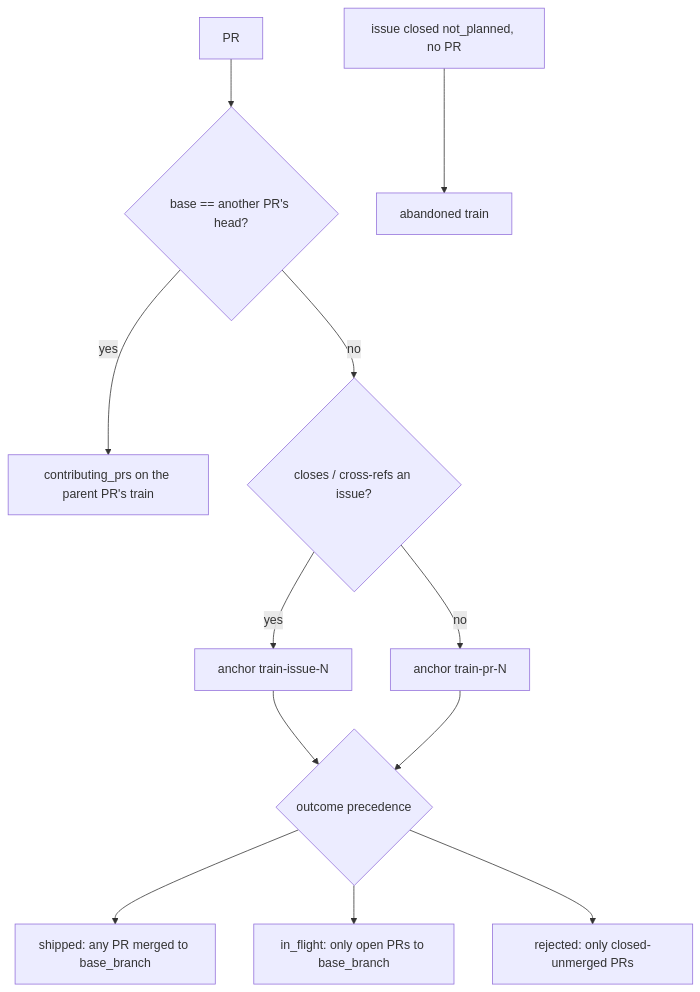
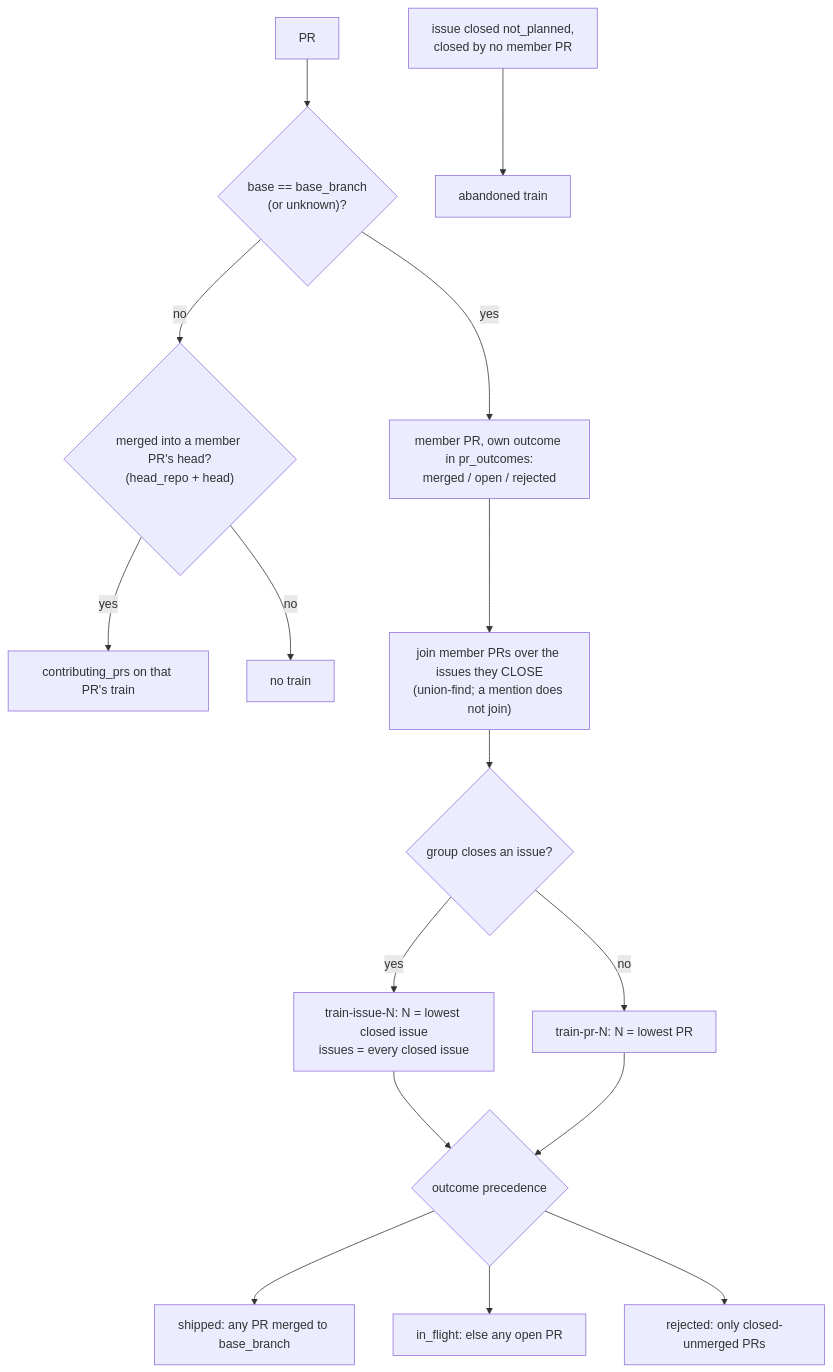
One commit to DamianFlynn/experiments changed the ninth of 12 diagrams in .claude/skills/activity-overview/docs/LLD.md. Above: the diagram before and after it, drawn with Mermaid. The commit also changed other lines of this file and 16 other files, not shown here.

````diff
--- a/.claude/skills/activity-overview/docs/LLD.md
+++ b/.claude/skills/activity-overview/docs/LLD.md
@@ -721,14 +721,18 @@
 ```mermaid
 flowchart TB
-  pr["PR"] --> sb{"base == another PR's head?"}
-  sb -- yes --> cp["contributing_prs on the parent PR's train"]
-  sb -- no --> an{"closes / cross-refs an issue?"}
-  an -- yes --> ti["anchor train-issue-N"]
-  an -- no --> tp["anchor train-pr-N"]
+  pr["PR"] --> tm{"base == base_branch<br/>(or unknown)?"}
+  tm -- yes --> mb["member PR, own outcome in pr_outcomes:<br/>merged / open / rejected"]
+  tm -- no --> sb{"merged into a member PR's head?<br/>(head_repo + head)"}
+  sb -- yes --> cp["contributing_prs on that PR's train"]
+  sb -- no --> nt["no train"]
+  mb --> uf["join member PRs over the issues they CLOSE<br/>(union-find; a mention does not join)"]
+  uf --> an{"group closes an issue?"}
+  an -- yes --> ti["train-issue-N: N = lowest closed issue<br/>issues = every closed issue"]
+  an -- no --> tp["train-pr-N: N = lowest PR"]
   ti --> oc
   tp --> oc
   oc{"outcome precedence"} --> o1["shipped: any PR merged to base_branch"]
-  oc --> o2["in_flight: only open PRs to base_branch"]
+  oc --> o2["in_flight: else any open PR"]
   oc --> o3["rejected: only closed-unmerged PRs"]
-  ni["issue closed not_planned, no PR"] --> o4["abandoned train"]
+  ni["issue closed not_planned,<br/>closed by no member PR"] --> o4["abandoned train"]
 ```
````
